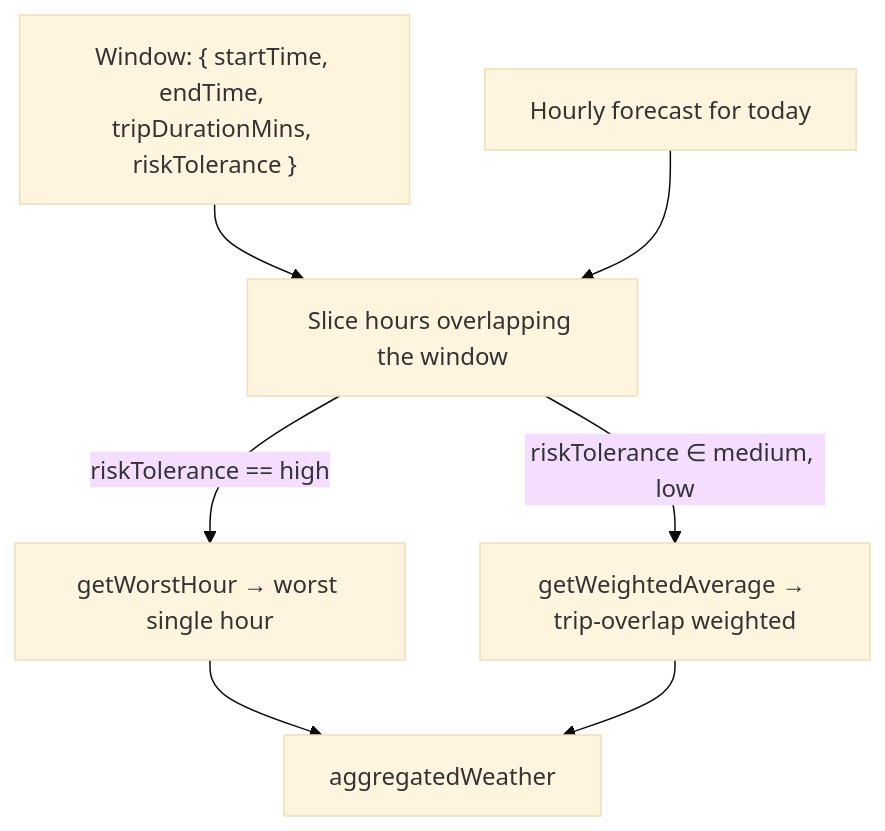
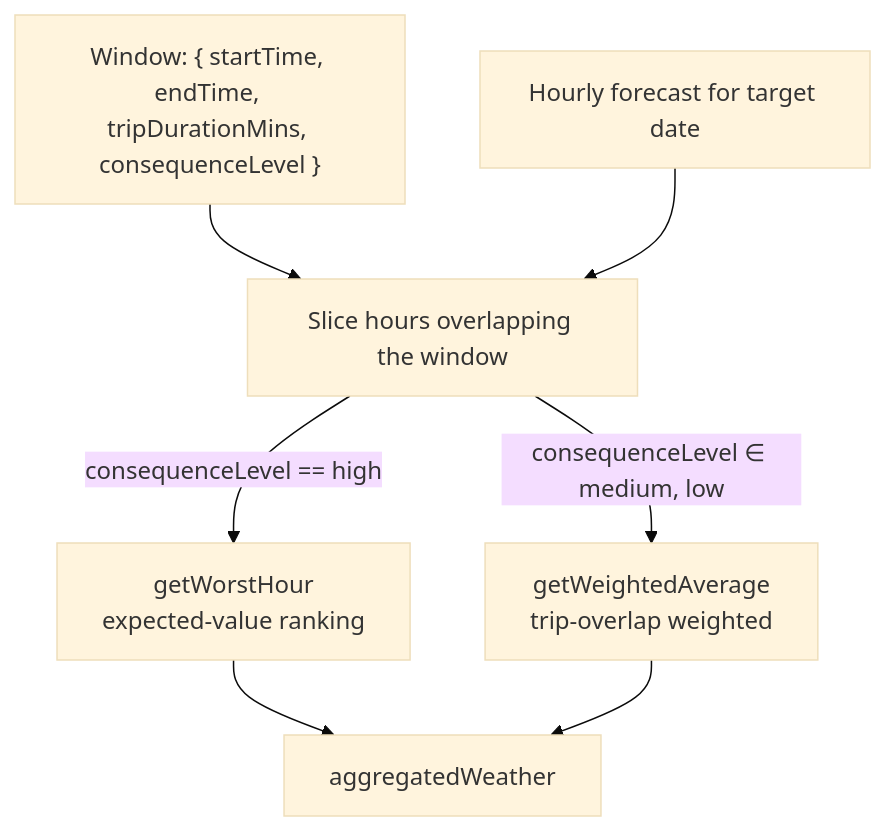
The fifth of 7 diagrams in docs/ALGORITHM_FLOW.md (meetsaiya/weather), drawn with Mermaid (base theme) before and after one commit. The commit also changed other lines of this file and 2 other files, not shown here.

````diff
--- a/docs/ALGORITHM_FLOW.md
+++ b/docs/ALGORITHM_FLOW.md
@@ -131,11 +140,11 @@
 ```mermaid
 flowchart TD
-  W["Window: { startTime, endTime, tripDurationMins, riskTolerance }"]
-  H[Hourly forecast for today]
+  W["Window: { startTime, endTime, tripDurationMins, consequenceLevel }"]
+  H[Hourly forecast for target date]
   W --> SLICE[Slice hours overlapping the window]
   H --> SLICE
-  SLICE -->|riskTolerance == high| WORST[getWorstHour → worst single hour]
-  SLICE -->|riskTolerance ∈ medium, low| AVG[getWeightedAverage → trip-overlap weighted]
+  SLICE -->|consequenceLevel == high| WORST[getWorstHour<br/>expected-value ranking]
+  SLICE -->|consequenceLevel ∈ medium, low| AVG[getWeightedAverage<br/>trip-overlap weighted]
   WORST --> AGG[aggregatedWeather]
   AVG --> AGG
 ```
````
